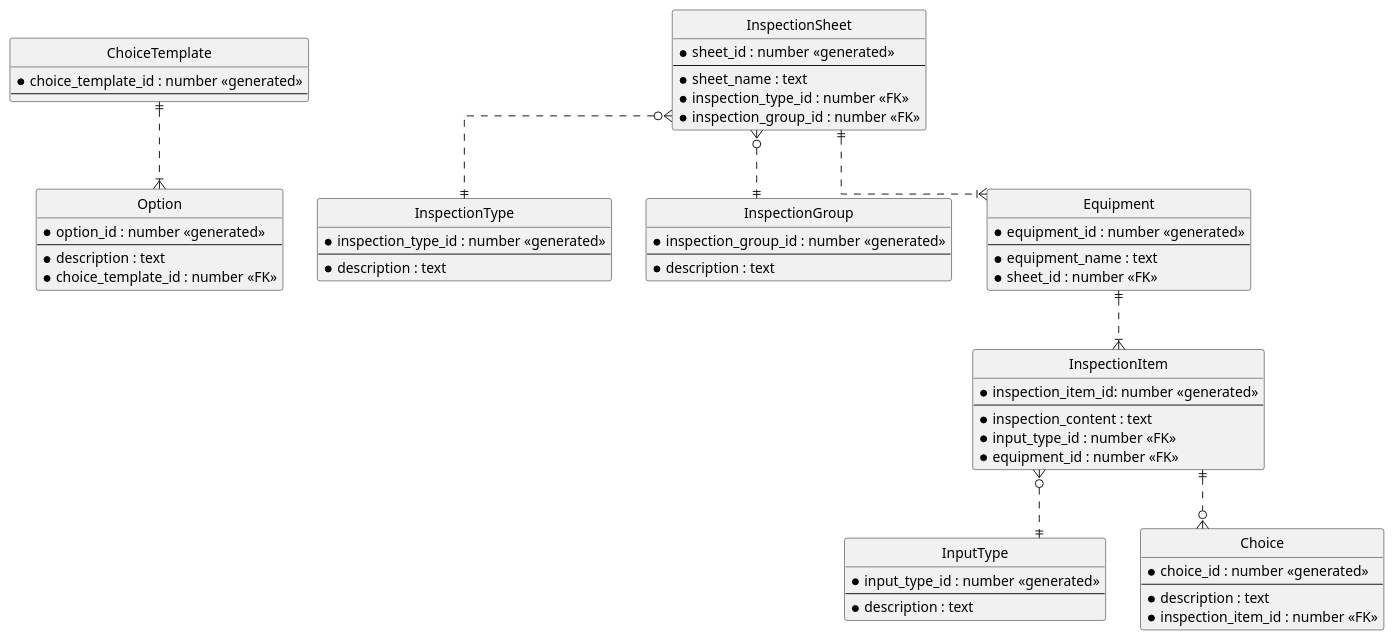
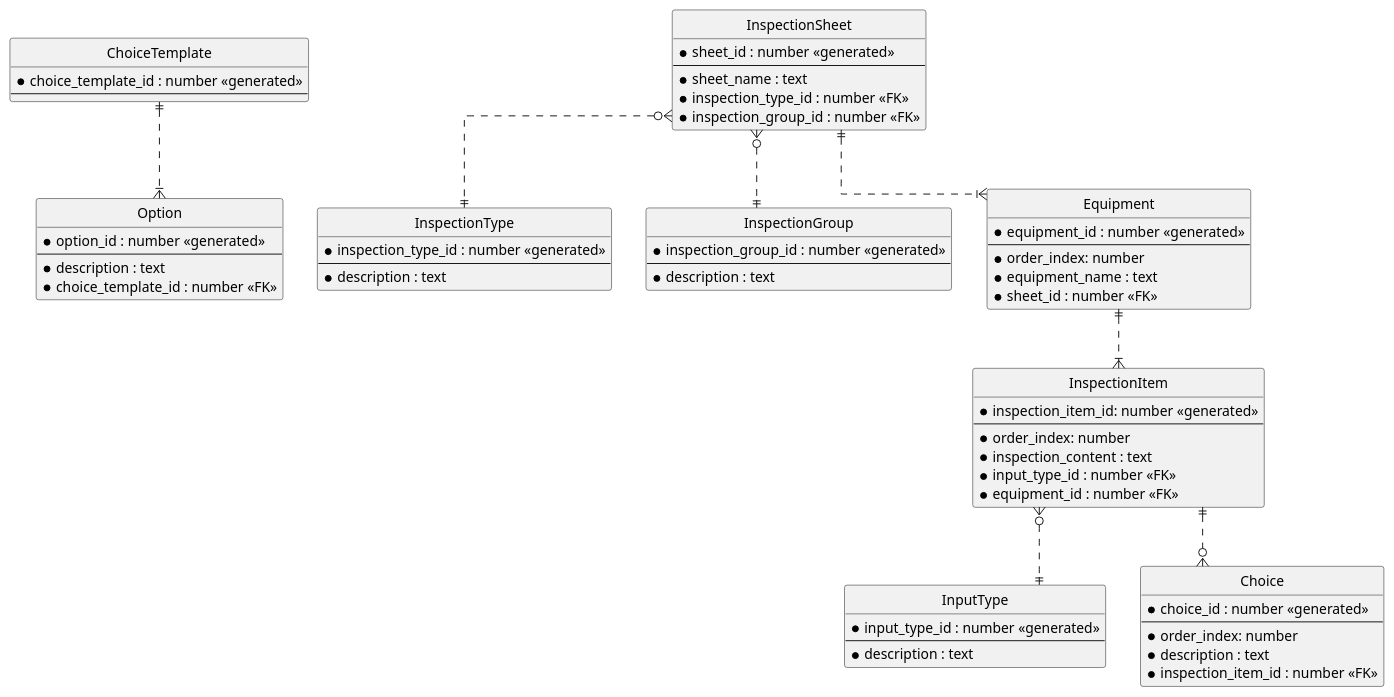
One commit to yasuaki-344/inspection-manager changed the diagram in docs/er-diagrams.puml. Above: the diagram before and after it, drawn with PlantUML.

Commit message:
Add order attribute to entity

```diff
--- a/docs/er-diagrams.puml
+++ b/docs/er-diagrams.puml
@@ -1,76 +1,79 @@
 @startuml entity-relationship-diagram
 ' hide the spot
 hide circle
 
 ' avoid problems with angled crows feet
 skinparam linetype ortho
 
 entity "ChoiceTemplate" as template {
   *choice_template_id : number <<generated>>
   --
 }
 
 entity "Option" as option {
   *option_id : number <<generated>>
   --
   *description : text
   *choice_template_id : number <<FK>>
 }
 
 entity "InspectionType" as type {
   *inspection_type_id : number <<generated>>
   --
   *description : text
 }
 
 entity "InspectionGroup" as group {
   *inspection_group_id : number <<generated>>
   --
   *description : text
 }
 
 entity "InspectionSheet" as sheet {
   *sheet_id : number <<generated>>
   --
   *sheet_name : text
   *inspection_type_id : number <<FK>>
   *inspection_group_id : number <<FK>>
 }
 entity "Equipment" as equipment {
   *equipment_id : number <<generated>>
   --
+  *order_index: number
   *equipment_name : text
   *sheet_id : number <<FK>>
 }
 
 entity "InspectionItem" as item {
   *inspection_item_id: number <<generated>>
   --
+  *order_index: number
   *inspection_content : text
   *input_type_id : number <<FK>>
   *equipment_id : number <<FK>>
 }
 
 entity "InputType" as input_type {
   *input_type_id : number <<generated>>
   --
   *description : text
 }
 
 entity "Choice" as choice {
   *choice_id : number <<generated>>
   --
+  *order_index: number
   *description : text
   *inspection_item_id : number <<FK>>
 }
 
 ' relation
 template ||..|{ option
 sheet ||..|{ equipment
 sheet }o..|| type
 sheet }o..|| group
 equipment ||..|{ item
 item ||..o{ choice
 item }o..|| input_type
 
 @enduml
```
